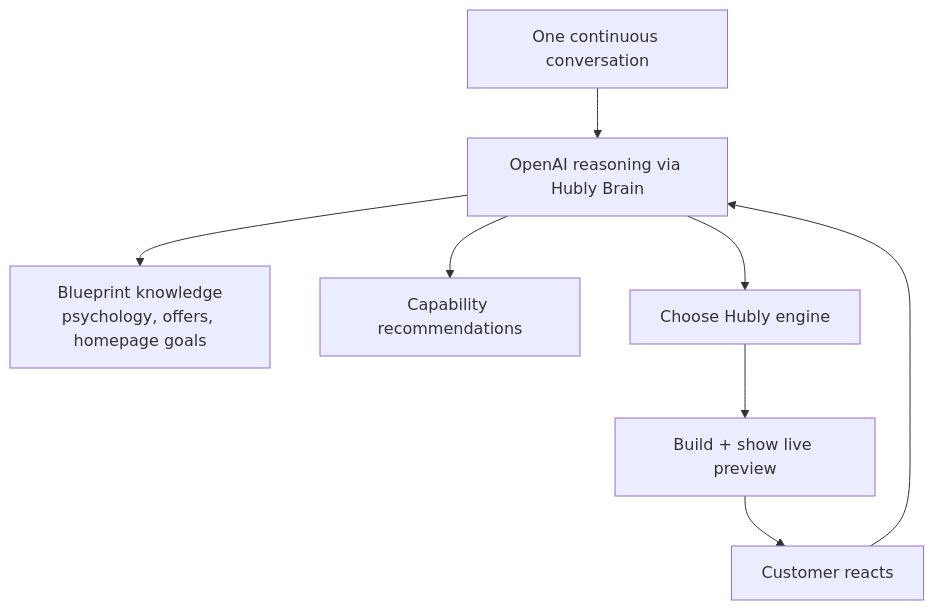
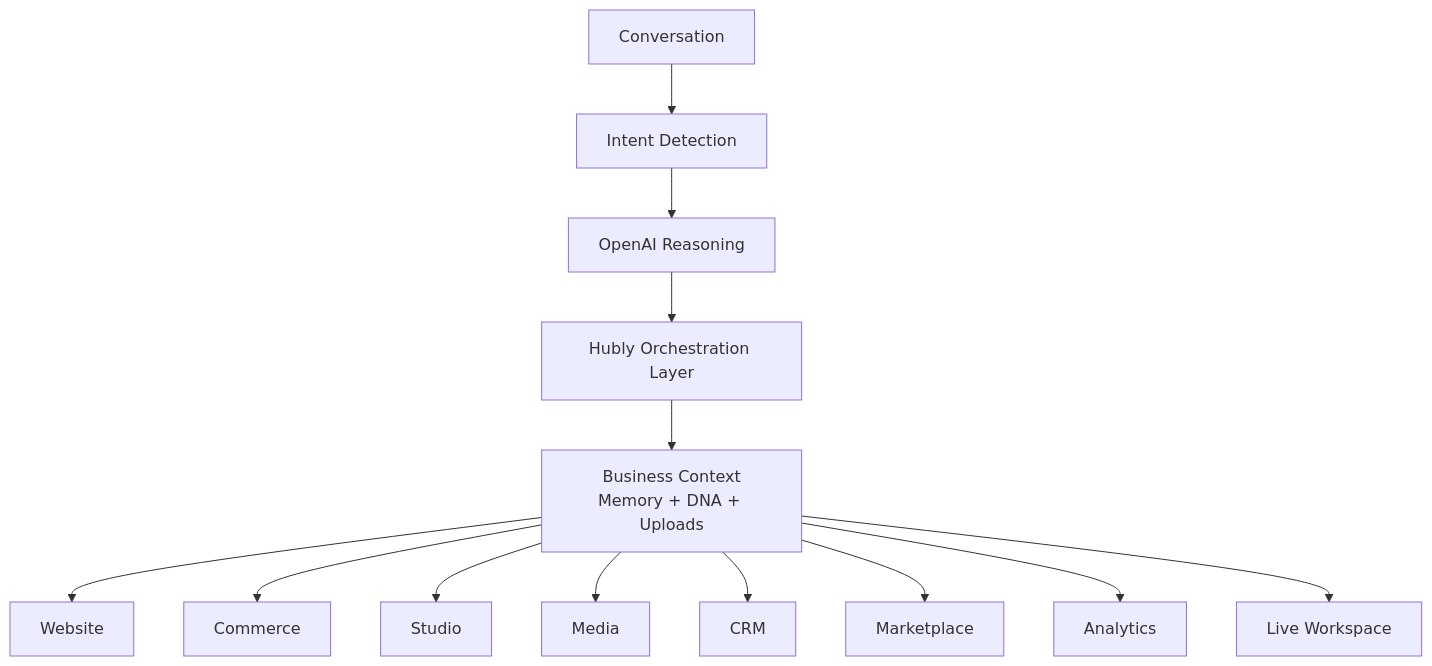
One commit to HubblyAdrian/Hubly changed the third of 6 diagrams in docs/architecture/HUBLY_AI_V2_ARCHITECTURE_REVIEW.md. Above: the diagram before and after it, drawn with Mermaid. The commit also changed other lines of this file, not shown here.

First line of the commit message:
Expand AI V2 architecture into long-term Hubly OS blueprint

````diff
--- a/docs/architecture/HUBLY_AI_V2_ARCHITECTURE_REVIEW.md
+++ b/docs/architecture/HUBLY_AI_V2_ARCHITECTURE_REVIEW.md
@@ -130,10 +103,15 @@
 ```mermaid
 flowchart TD
-  Conv[One continuous conversation] --> AI[OpenAI reasoning via Hubly Brain]
-  AI --> BP[Blueprint knowledge<br/>psychology, offers, homepage goals]
-  AI --> Cap[Capability recommendations]
-  AI --> Eng[Choose Hubly engine]
-  Eng --> Show[Build + show live preview]
-  Show --> React[Customer reacts]
-  React --> AI
+  C[Conversation] --> I[Intent Detection]
+  I --> R[OpenAI Reasoning]
+  R --> OL[Hubly Orchestration Layer]
+  OL --> BC[Business Context<br/>Memory + DNA + Uploads]
+  BC --> W[Website]
+  BC --> CO[Commerce]
+  BC --> ST[Studio]
+  BC --> M[Media]
+  BC --> CRM[CRM]
+  BC --> MP[Marketplace]
+  BC --> AN[Analytics]
+  BC --> LW[Live Workspace]
 ```
````
